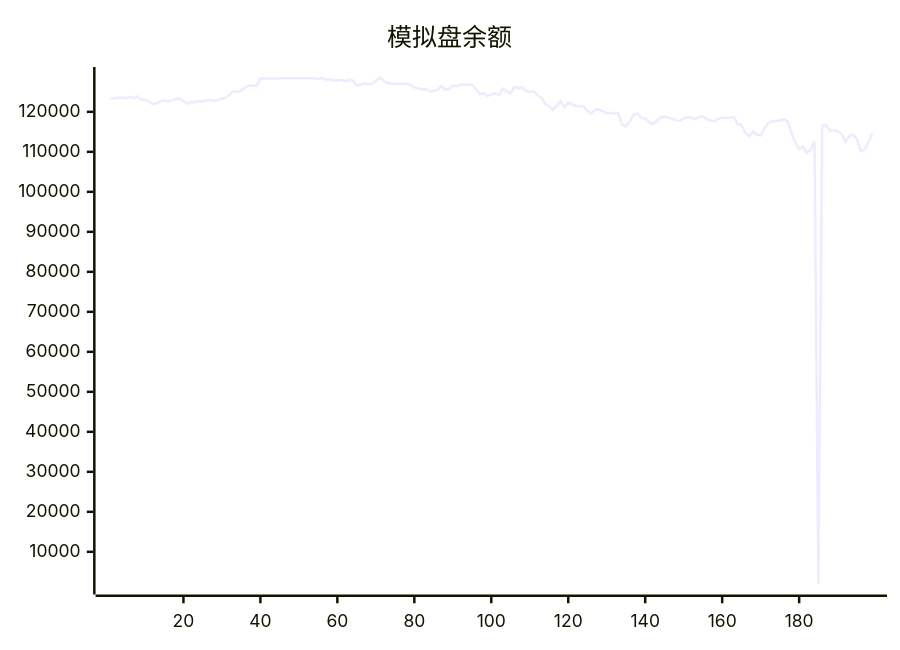
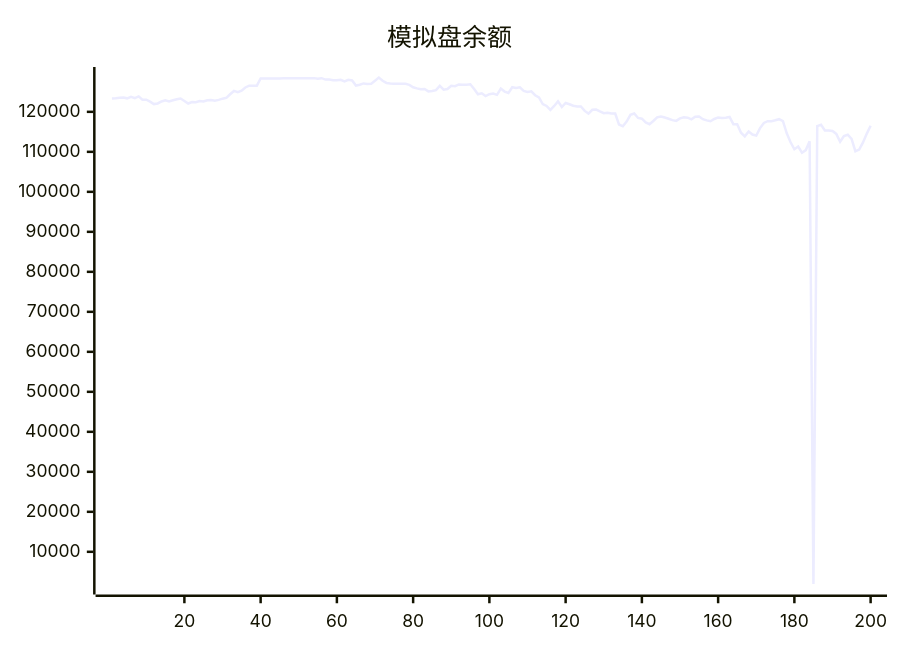
Before and after one commit to aahl/ai-trading: the diagram in README.md, drawn with Mermaid. The commit also changed other lines of this file and 1 other file, not shown here.

````diff
--- a/README.md
+++ b/README.md
@@ -5,5 +5,5 @@
 ```mermaid
 xychart
     title "模拟盘余额"
-    line [123338,123402,123530,123592,123378,123745,123413,123853,123009,123040,122557,121938,122095,122599,122856,122597,122898,123160,123319,122719,122087,122454,122416,122685,122592,122907,122961,122776,122981,123295,123507,124403,125224,124894,125303,126088,126544,126534,126549,128335,128318,128318,128318,128318,128318,128424,128424,128424,128424,128424,128424,128424,128424,128424,128247,128412,128062,128087,127917,127901,128026,127611,128000,127850,126572,126770,127100,126971,127029,127783,128554,127765,127224,127064,127044,127009,127025,127004,126738,126152,125871,125635,125707,125117,125217,125420,126480,125545,125715,126511,126424,126856,126764,126788,126890,125710,124381,124632,123936,124402,124574,124256,125833,125070,124739,126154,125966,126145,125213,124943,125143,124157,123604,121959,121476,120476,121470,122610,121201,122221,121889,121522,121332,121344,120232,119559,120513,120577,120108,119680,119777,119572,119568,116839,116392,117573,119250,119585,118469,118277,117338,116897,117706,118628,118849,118579,118280,117926,117735,118373,118639,118544,118136,118798,118819,118162,117874,117649,118215,118601,118463,118517,118713,116911,116899,114798,113887,115084,114313,114091,115934,117221,117658,117658,117883,118164,117693,114632,112403,110644,111313,109777,110444,112673,1984,116419,116772,115355,115355,115198,114476,112510,113954,114276,113223,110151,110561,112361,114562]
+    line [123338,123402,123530,123592,123378,123745,123413,123853,123009,123040,122557,121938,122095,122599,122856,122597,122898,123160,123319,122719,122087,122454,122416,122685,122592,122907,122961,122776,122981,123295,123507,124403,125224,124894,125303,126088,126544,126534,126549,128335,128318,128318,128318,128318,128318,128424,128424,128424,128424,128424,128424,128424,128424,128424,128247,128412,128062,128087,127917,127901,128026,127611,128000,127850,126572,126770,127100,126971,127029,127783,128554,127765,127224,127064,127044,127009,127025,127004,126738,126152,125871,125635,125707,125117,125217,125420,126480,125545,125715,126511,126424,126856,126764,126788,126890,125710,124381,124632,123936,124402,124574,124256,125833,125070,124739,126154,125966,126145,125213,124943,125143,124157,123604,121959,121476,120476,121470,122610,121201,122221,121889,121522,121332,121344,120232,119559,120513,120577,120108,119680,119777,119572,119568,116839,116392,117573,119250,119585,118469,118277,117338,116897,117706,118628,118849,118579,118280,117926,117735,118373,118639,118544,118136,118798,118819,118162,117874,117649,118215,118601,118463,118517,118713,116911,116899,114798,113887,115084,114313,114091,115934,117221,117658,117658,117883,118164,117693,114632,112403,110644,111313,109777,110444,112673,1984,116419,116772,115355,115355,115198,114476,112510,113954,114276,113223,110151,110561,112361,114562,116522]
 ```
````
